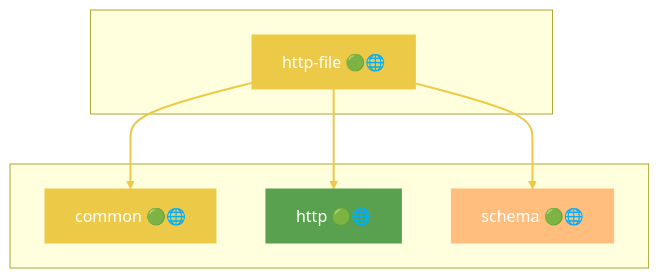
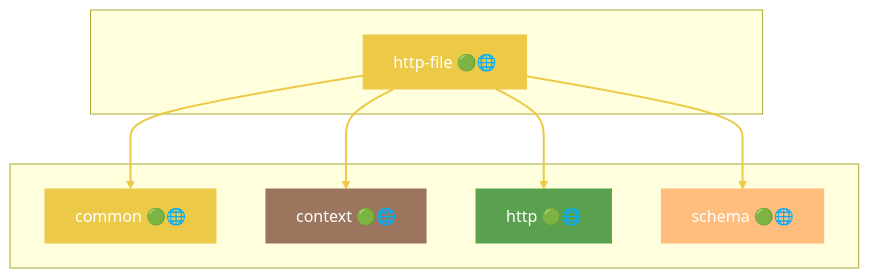
One commit to grest-ts/grest-ts changed diagram 25 of 46 in docs/DEPENDENCIES.md. Above: the diagram before and after it, drawn with Mermaid. The commit also changed other lines of this file and 15 other files, not shown here.

First line of the commit message:
Update docs to unified middleware API; refresh dependency graph

````diff
--- a/docs/DEPENDENCIES.md
+++ b/docs/DEPENDENCIES.md
@@ -1221,21 +1231,25 @@
 ```mermaid
 flowchart TB
     subgraph Package[" "]
         http-file["http-file 🟢🌐"]
     end
     subgraph Dependencies[" "]
         common["common 🟢🌐"]
+        context["context 🟢🌐"]
         http["http 🟢🌐"]
         schema["schema 🟢🌐"]
     end
     http-file --> common
+    http-file --> context
     http-file --> http
     http-file --> schema
     style http-file fill:#EDC948,stroke:#EDC948,color:#fff
     style common fill:#EDC948,stroke:#EDC948,color:#fff
+    style context fill:#9C755F,stroke:#9C755F,color:#fff
     style http fill:#59A14F,stroke:#59A14F,color:#fff
     style schema fill:#FFBE7D,stroke:#FFBE7D,color:#fff
     linkStyle 0 stroke:#EDC948,stroke-width:2px
     linkStyle 1 stroke:#EDC948,stroke-width:2px
     linkStyle 2 stroke:#EDC948,stroke-width:2px
+    linkStyle 3 stroke:#EDC948,stroke-width:2px
 ```
````
